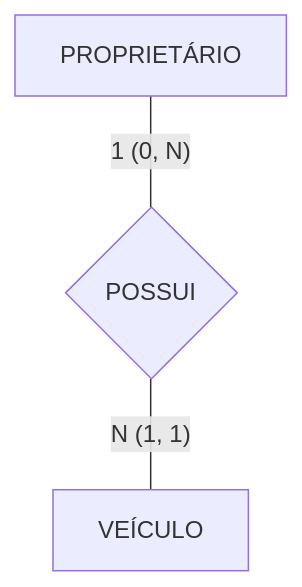
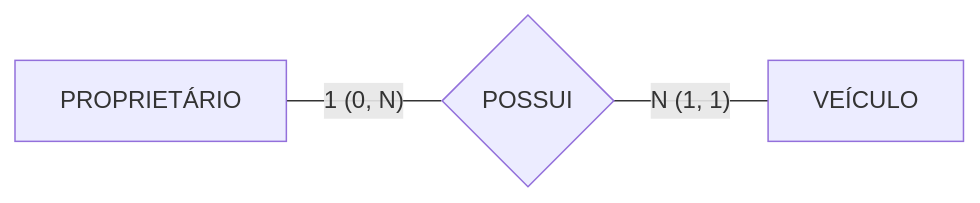
One commit to leorruas/puc changed diagram 11 of 13 in 02. Modelagem de Dados/06. Modelagem de relacionamentos, cardinalidade e restrições de participação.md. Above: the diagram before and after it, drawn with Mermaid. The commit also changed other lines of this file, not shown here.

````diff
--- a/02. Modelagem de Dados/06. Modelagem de relacionamentos, cardinalidade e restrições de participação.md
+++ b/02. Modelagem de Dados/06. Modelagem de relacionamentos, cardinalidade e restrições de participação.md
@@ -212,5 +210,5 @@
 ```mermaid
-flowchart TD
-    Prop2["PROPRIETÁRIO"] ---|"1 (0, N)"| RelProp2{"POSSUI"}
-    RelProp2 ---|"N (1, 1)"| Veic2["VEÍCULO"]
+flowchart LR
+    Proprietario["PROPRIETÁRIO"]:::data ---|"1 (0, N)"| Possui{"POSSUI"}:::core
+    Possui ---|"N (1, 1)"| Veiculo["VEÍCULO"]:::data
 ```
````
